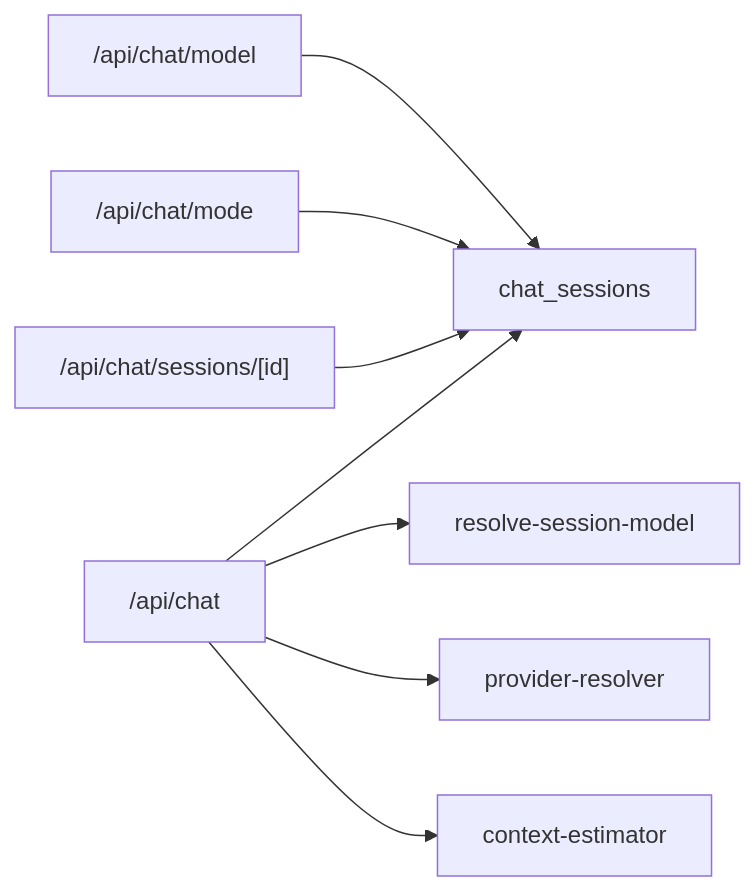
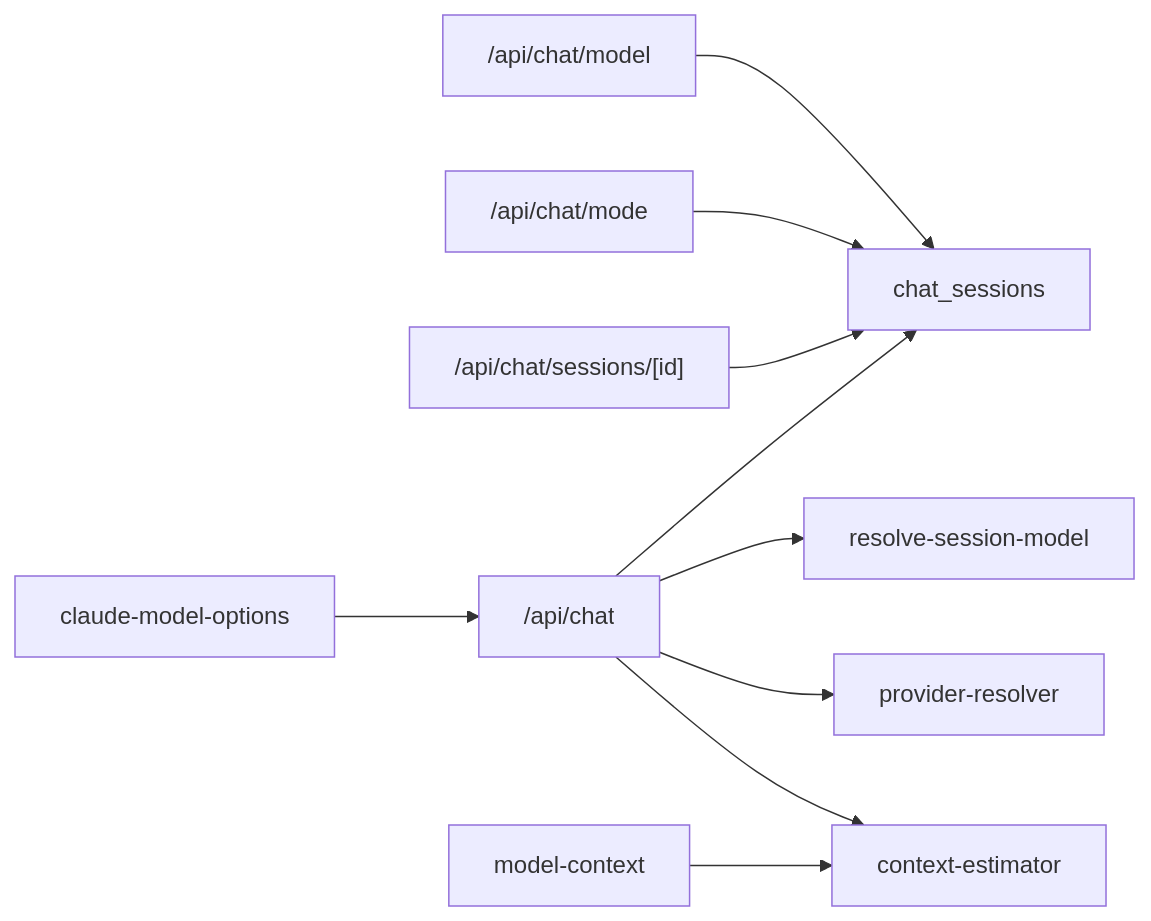
Before and after one commit to haolange/CodePilot: the sixth of 6 diagrams in .qoder/repowiki/zh/content/API 参考/聊天 API/模型与模式控制.md, drawn with Mermaid. The commit also changed other lines of this file and 8 other files, not shown here.

````diff
--- a/.qoder/repowiki/zh/content/API 参考/聊天 API/模型与模式控制.md
+++ b/.qoder/repowiki/zh/content/API 参考/聊天 API/模型与模式控制.md
@@ -317,10 +370,12 @@
 ```mermaid
 graph LR
 API_Model["/api/chat/model"] --> DB["chat_sessions"]
 API_Mode["/api/chat/mode"] --> DB
 API_Session["/api/chat/sessions/[id]"] --> DB
 ChatRoute["/api/chat"] --> DB
 ChatRoute --> Resolver["resolve-session-model"]
 ChatRoute --> Provider["provider-resolver"]
 ChatRoute --> Estimator["context-estimator"]
+ClaudeOptions["claude-model-options"] --> ChatRoute
+ModelContext["model-context"] --> Estimator
 ```
````
